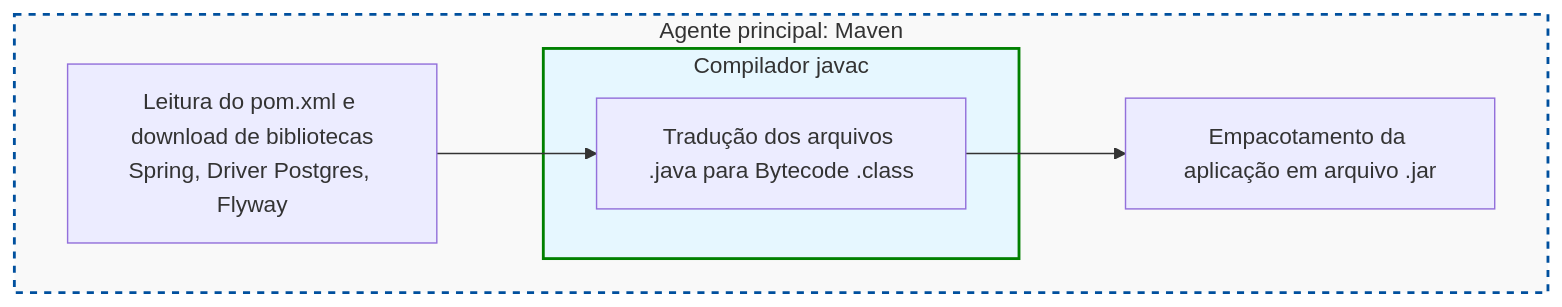
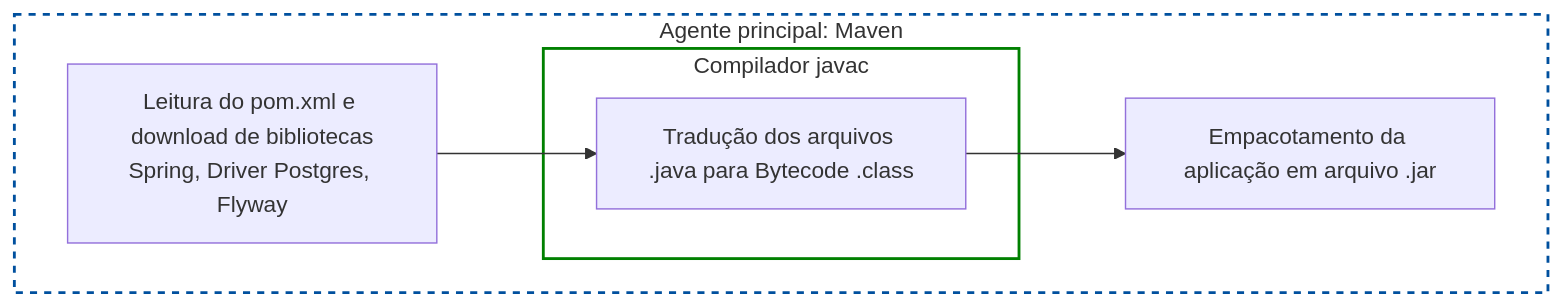
One commit to Julia-Amadio/ProjetoFlashcards changed the first of 2 diagrams in docs/ARCHITECTURE.md. Above: the diagram before and after it, drawn with Mermaid. The commit also changed other lines of this file, not shown here.

Commit message:
docs: ajustando diagramas

````diff
--- a/docs/ARCHITECTURE.md
+++ b/docs/ARCHITECTURE.md
@@ -79,14 +80,14 @@
 ```mermaid
 graph TD
 
     subgraph Maven [Agente principal: Maven]
         A[Leitura do pom.xml e download de bibliotecas<br/>Spring, Driver Postgres, Flyway] --> B
         subgraph Javac [Compilador javac]
             B[Tradução dos arquivos .java para Bytecode .class]
         end
         B --> C[Empacotamento da aplicação em arquivo .jar]
     end
-    
-    style Maven fill:#f9f9f9,stroke:#00509E,stroke-width:2px,stroke-dasharray: 5 5
-    style Javac fill:#e6f7ff,stroke:#008000,stroke-width:2px
+
+    style Maven fill:transparent,stroke:#00509E,stroke-width:2px,stroke-dasharray: 5 5
+    style Javac fill:transparent,stroke:#008000,stroke-width:2px
 ```
````
